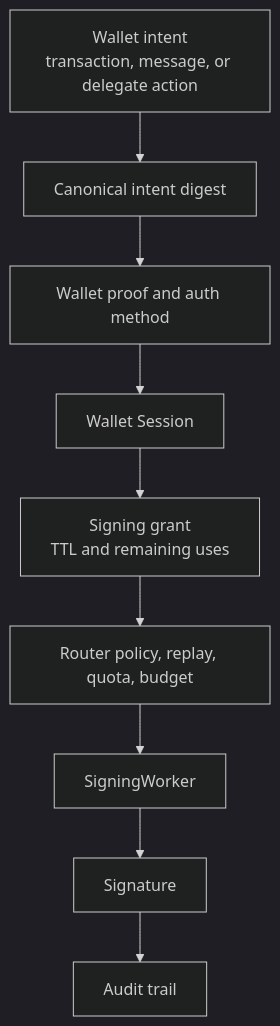
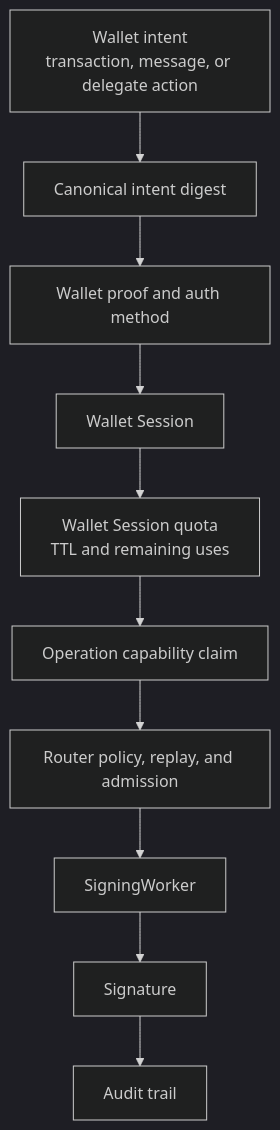
The diagram in apps/docs/src/getting-started/sign-with-policy.md (seams-tech/seams-sdk), drawn with Mermaid (dark theme) before and after one commit. The commit also changed other lines of this file and 30 other files, not shown here.

Commit message:
refactor90 close signing grant identity elimination

````diff
--- a/apps/docs/src/getting-started/sign-with-policy.md
+++ b/apps/docs/src/getting-started/sign-with-policy.md
@@ -13,11 +13,12 @@
 ```mermaid
 flowchart TD
   Intent["Wallet intent<br/>transaction, message, or delegate action"] --> Digest["Canonical intent digest"]
   Digest --> Proof["Wallet proof and auth method"]
   Proof --> Session["Wallet Session"]
-  Session --> Grant["Signing grant<br/>TTL and remaining uses"]
-  Grant --> Router["Router policy, replay, quota, budget"]
+  Session --> Quota["Wallet Session quota<br/>TTL and remaining uses"]
+  Quota --> Claim["Operation capability claim"]
+  Claim --> Router["Router policy, replay, and admission"]
   Router --> SigningWorker["SigningWorker"]
   SigningWorker --> Signature["Signature"]
   Signature --> Audit["Audit trail"]
 ```
````
